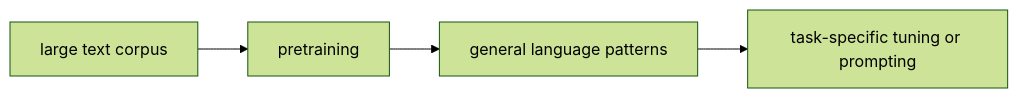
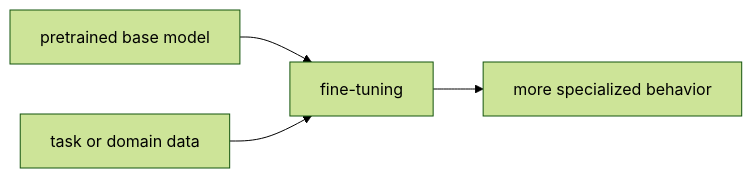
One commit to devchan64/AiBook changed the diagram in docs/parts/part-05/chapter-07/section-01.md. Above: the diagram before and after it, drawn with Mermaid (forest theme). The commit also changed other lines of this file and 47 other files, not shown here.

````diff
--- a/docs/parts/part-05/chapter-07/section-01.md
+++ b/docs/parts/part-05/chapter-07/section-01.md
@@ -141,9 +127,11 @@
 ```mermaid
 flowchart LR
-  A["large text corpus"]
-  B["pretraining"]
-  C["general language patterns"]
-  D["task-specific tuning or prompting"]
+  A["pretrained base model"]
+  B["task or domain data"]
+  C["fine-tuning"]
+  D["more specialized behavior"]
 
-  A --> B --> C --> D
+  A --> C
+  B --> C
+  C --> D
 ```
````
